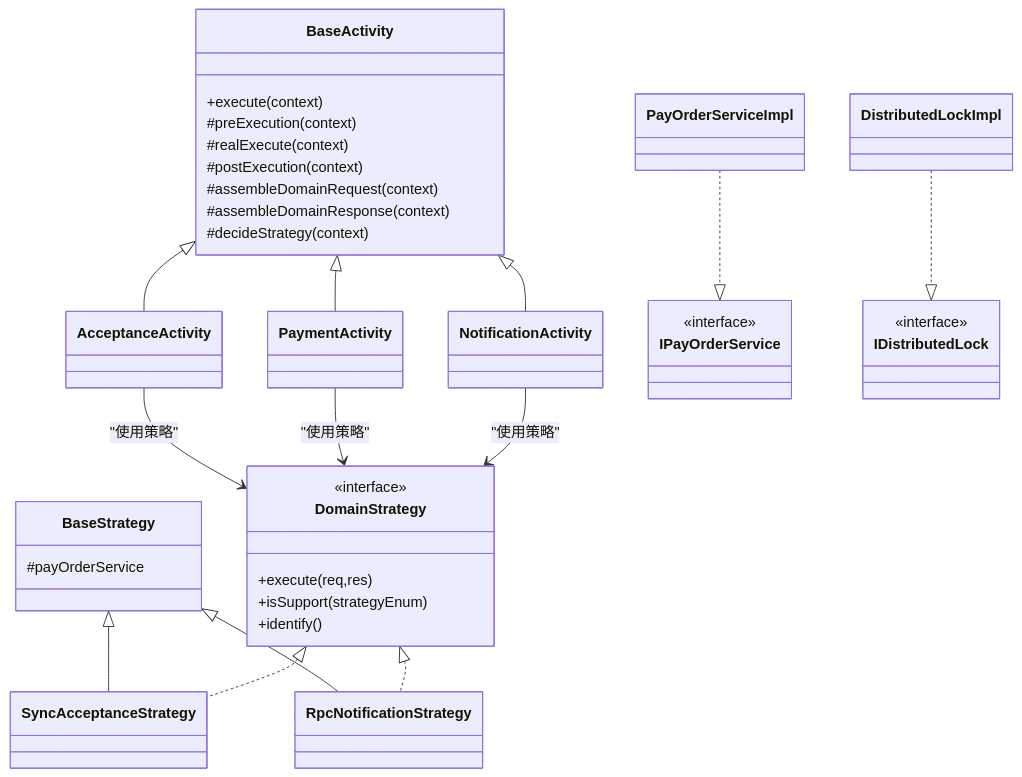
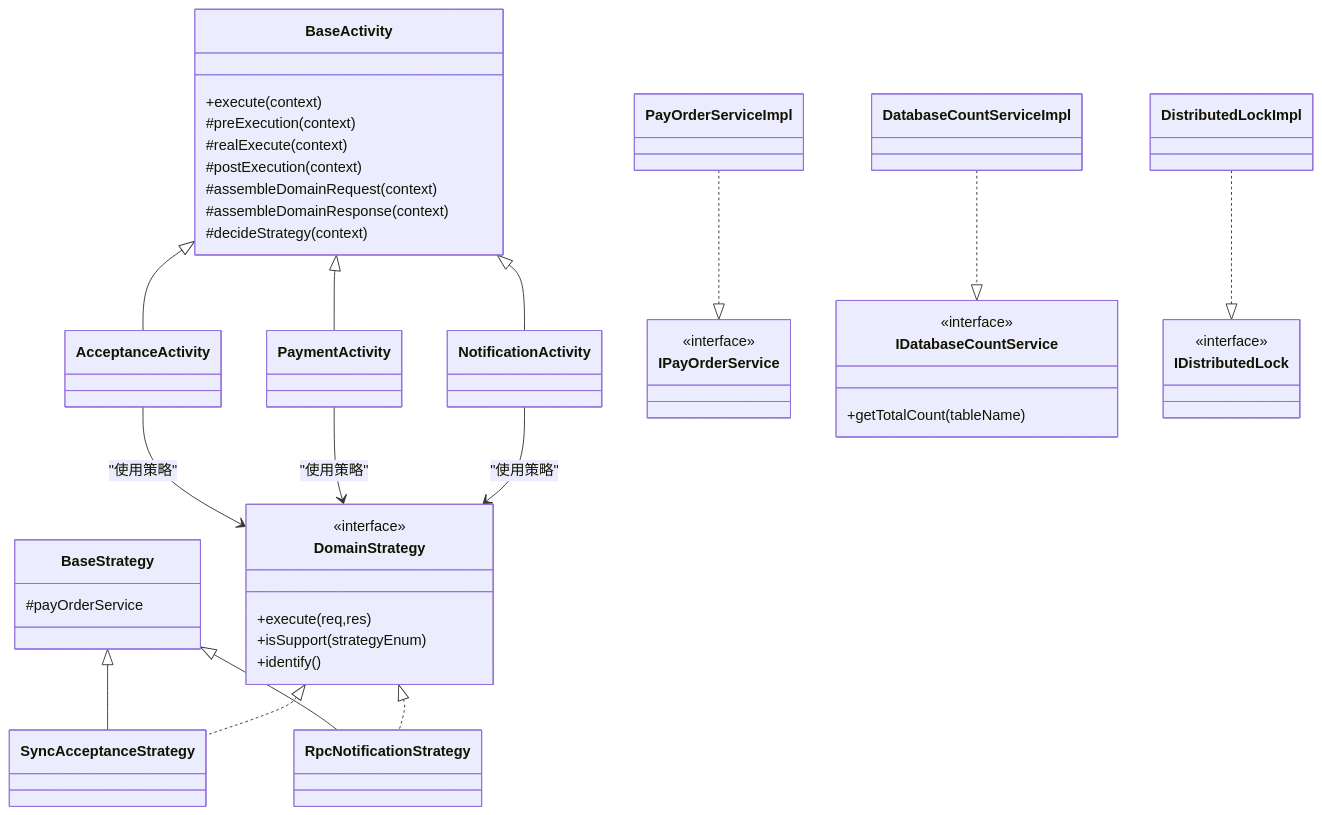
Before and after one commit to magicliang/domain-driven-transaction-sys: the second of 8 diagrams in .qoder/repowiki/zh/content/核心模块详解/核心服务层/核心服务层.md, drawn with Mermaid. The commit also changed other lines of this file and 37 other files, not shown here.

````diff
--- a/.qoder/repowiki/zh/content/核心模块详解/核心服务层/核心服务层.md
+++ b/.qoder/repowiki/zh/content/核心模块详解/核心服务层/核心服务层.md
@@ -95,46 +118,52 @@
 ```mermaid
 classDiagram
 class BaseActivity {
 +execute(context)
 #preExecution(context)
 #realExecute(context)
 #postExecution(context)
 #assembleDomainRequest(context)
 #assembleDomainResponse(context)
 #decideStrategy(context)
 }
 class AcceptanceActivity
 class PaymentActivity
 class NotificationActivity
 BaseActivity <|-- AcceptanceActivity
 BaseActivity <|-- PaymentActivity
 BaseActivity <|-- NotificationActivity
 class DomainStrategy {
 <<interface>>
 +execute(req,res)
 +isSupport(strategyEnum)
 +identify()
 }
 class BaseStrategy {
 #payOrderService
 }
 class SyncAcceptanceStrategy
 class RpcNotificationStrategy
 BaseStrategy <|-- SyncAcceptanceStrategy
 BaseStrategy <|-- RpcNotificationStrategy
 DomainStrategy <|.. SyncAcceptanceStrategy
 DomainStrategy <|.. RpcNotificationStrategy
 class IPayOrderService {
 <<interface>>
 }
+class IDatabaseCountService {
+<<interface>>
++getTotalCount(tableName)
+}
 class IDistributedLock {
 <<interface>>
 }
 class DistributedLockImpl
 class PayOrderServiceImpl
+class DatabaseCountServiceImpl
 AcceptanceActivity --> DomainStrategy : "使用策略"
 PaymentActivity --> DomainStrategy : "使用策略"
 NotificationActivity --> DomainStrategy : "使用策略"
 DistributedLockImpl ..|> IDistributedLock
 PayOrderServiceImpl ..|> IPayOrderService
+DatabaseCountServiceImpl ..|> IDatabaseCountService
 ```
````
